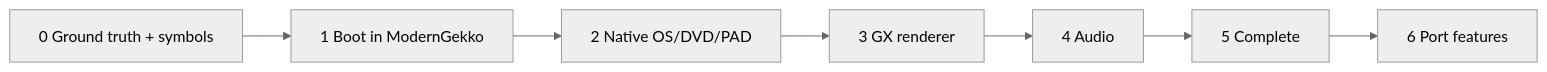
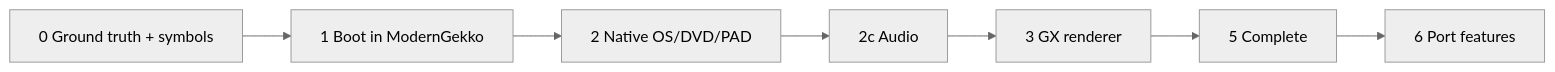
The second of 2 diagrams in twin-snakes-native-port-design.md (alphanu1/msg-twinsnakes-recomp), drawn with Mermaid (neutral theme) before and after one commit. The commit also changed other lines of this file and 1 other file, not shown here.

````diff
--- a/twin-snakes-native-port-design.md
+++ b/twin-snakes-native-port-design.md
@@ -309,9 +310,9 @@
 ```mermaid
 flowchart LR
     A[0 Ground truth + symbols] --> B[1 Boot in ModernGekko]
     B --> C[2 Native OS/DVD/PAD]
-    C --> D[3 GX renderer]
-    D --> E[4 Audio]
-    E --> F[5 Complete]
+    C --> D2[2c Audio]
+    D2 --> D[3 GX renderer]
+    D --> F[5 Complete]
     F --> G[6 Port features]
 ```
````
